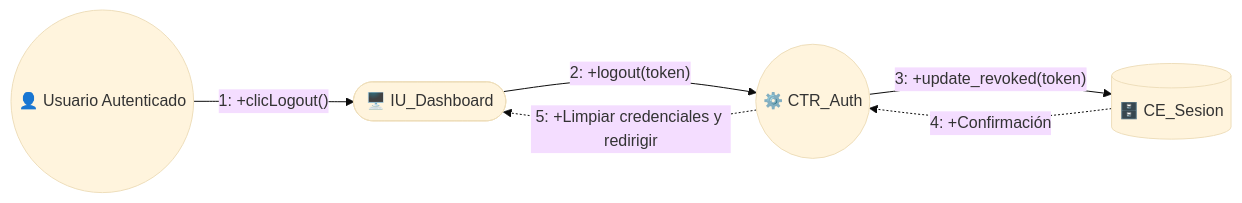
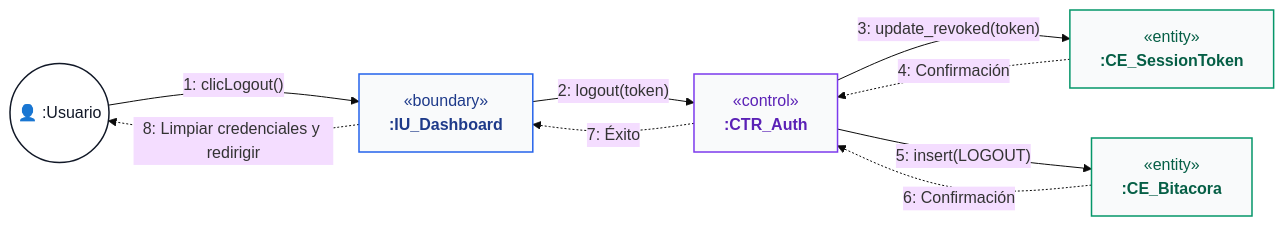
The tenth of 53 diagrams in documentos/Ciclo1.md (jc-larry/ecommerce), drawn with Mermaid (base theme) before and after one commit. The commit also changed other lines of this file and 148 other files, not shown here.

````diff
--- a/documentos/Ciclo1.md
+++ b/documentos/Ciclo1.md
@@ -870,13 +878,23 @@
 ```mermaid
 flowchart LR
-    Actor(("👤 Usuario Autenticado"))
-    IU(["🖥️ IU_Dashboard"])
-    CTR(("⚙️ CTR_Auth"))
-    ENT[("🗄️ CE_Sesion")]
+    classDef actorStyle fill:#ffffff,stroke:#111827,stroke-width:1.5px,color:#111827;
+    classDef boundaryStyle fill:#f9fafb,stroke:#2563eb,stroke-width:1.5px,color:#1e3a8a;
+    classDef controlStyle fill:#f9fafb,stroke:#7c3aed,stroke-width:1.5px,color:#5b21b6;
+    classDef entityStyle fill:#f9fafb,stroke:#059669,stroke-width:1.5px,color:#065f46;
+    classDef externalStyle fill:#f9fafb,stroke:#d97706,stroke-width:1.5px,color:#92400e;
 
-    Actor -- "1: +clicLogout()" --> IU
-    IU -- "2: +logout(token)" --> CTR
-    CTR -- "3: +update_revoked(token)" --> ENT
-    ENT -. "4: +Confirmación" .-> CTR
-    CTR -. "5: +Limpiar credenciales y redirigir" .-> IU
+    U(("👤 :Usuario")):::actorStyle
+    IU["&laquo;boundary&raquo;<br/><b>:IU_Dashboard</b>"]:::boundaryStyle
+    CTR["&laquo;control&raquo;<br/><b>:CTR_Auth</b>"]:::controlStyle
+    CE_S["&laquo;entity&raquo;<br/><b>:CE_SessionToken</b>"]:::entityStyle
+    BD["&laquo;entity&raquo;<br/><b>:CE_Bitacora</b>"]:::entityStyle
+
+    U -- "1: clicLogout()" --> IU
+    IU -- "2: logout(token)" --> CTR
+    CTR -- "3: update_revoked(token)" --> CE_S
+    CE_S -. "4: Confirmación" .-> CTR
+    CTR -- "5: insert(LOGOUT)" --> BD
+    BD -. "6: Confirmación" .-> CTR
+    CTR -. "7: Éxito" .-> IU
+    IU -. "8: Limpiar credenciales y redirigir" .-> U
 ```
````
